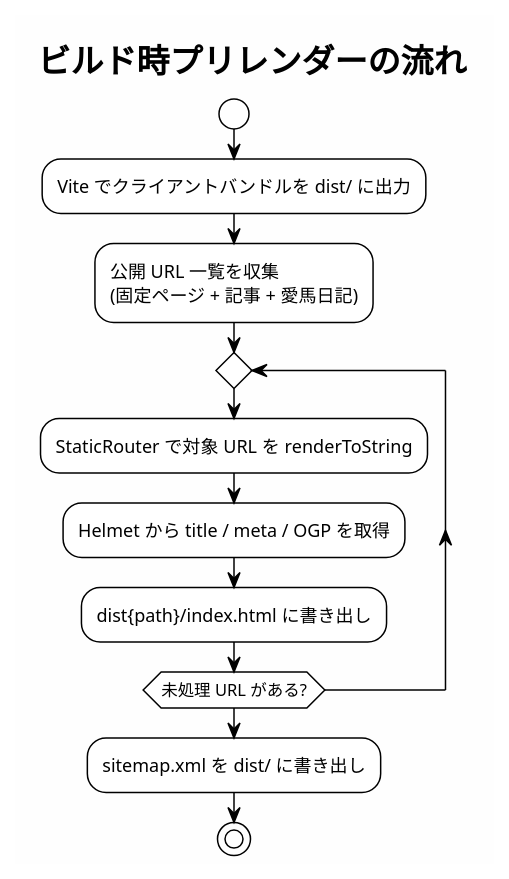
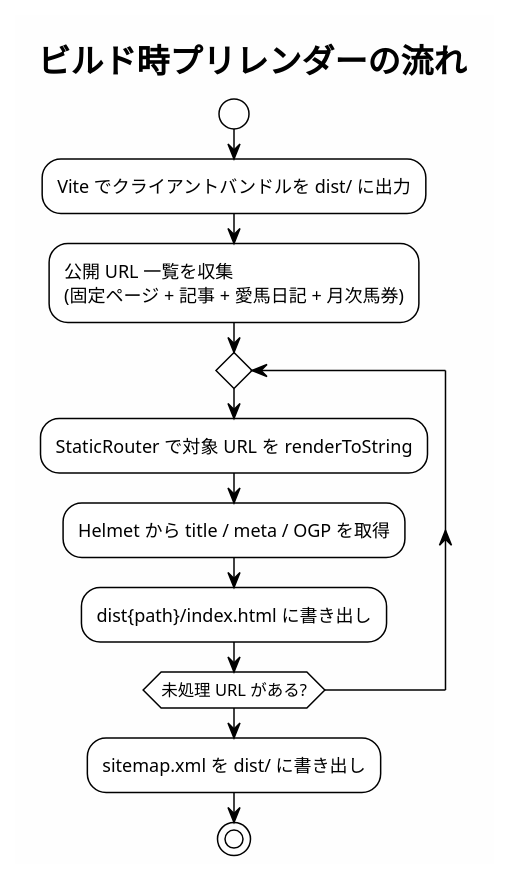
The second of 2 diagrams in doc/03_design/architecture_design.md (betashort/KEIBA_BLOG), drawn with PlantUML before and after one commit. The commit also changed other lines of this file and 46 other files, not shown here.

````diff
--- a/doc/03_design/architecture_design.md
+++ b/doc/03_design/architecture_design.md
@@ -304,22 +305,22 @@
 ```plantuml
 @startuml prerender_sequence
 !theme plain
 skinparam backgroundColor #FEFEFE
 skinparam shadowing false
 skinparam defaultFontName Meiryo
 
 title ビルド時プリレンダーの流れ
 
 start
 :Vite でクライアントバンドルを dist/ に出力;
-:公開 URL 一覧を収集\n(固定ページ + 記事 + 愛馬日記);
+:公開 URL 一覧を収集\n(固定ページ + 記事 + 愛馬日記 + 月次馬券);
 repeat
   :StaticRouter で対象 URL を renderToString;
   :Helmet から title / meta / OGP を取得;
   :dist{path}/index.html に書き出し;
 repeat while (未処理 URL がある?)
 :sitemap.xml を dist/ に書き出し;
 stop
 
 @enduml
 ```
````
